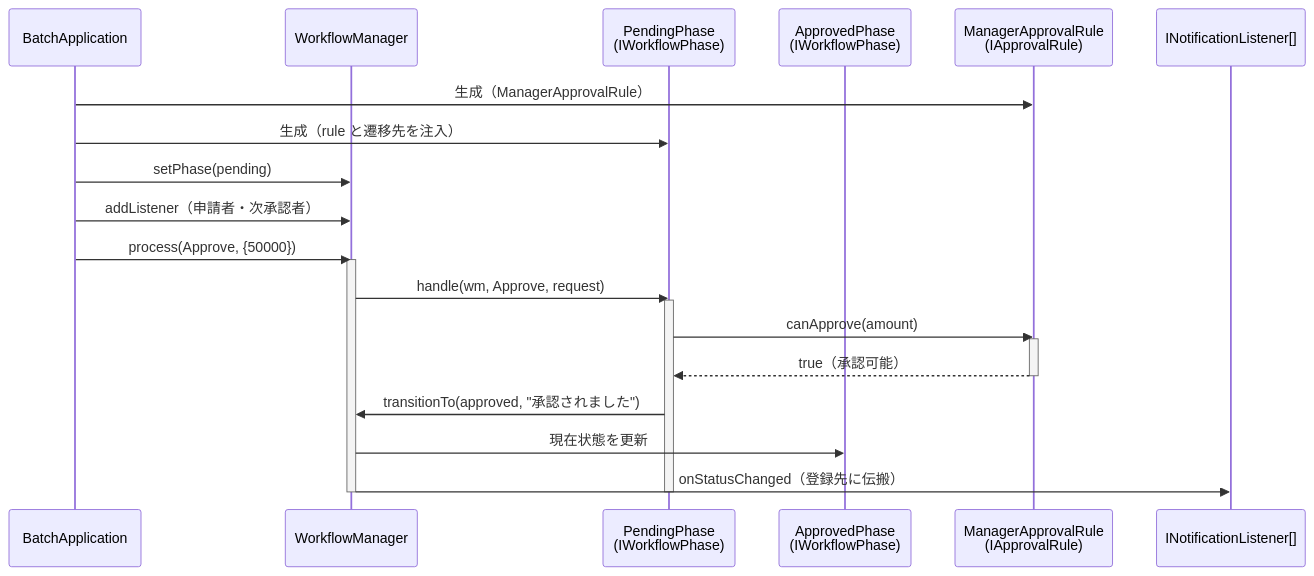
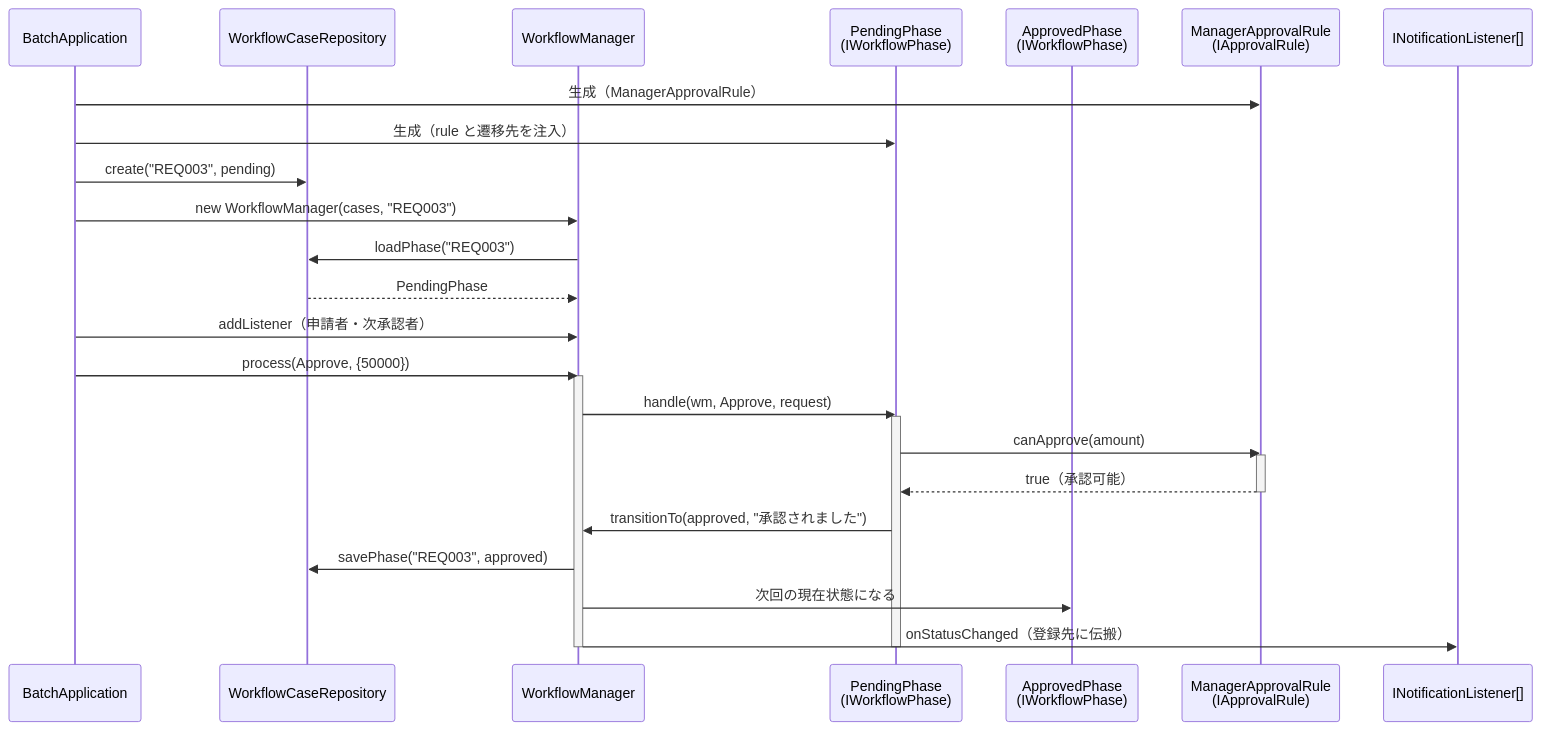
One commit to kumachan1101-pixel/DesignPattern changed the seventh of 10 diagrams in kindle/design-patterns/output/chapter12.md. Above: the diagram before and after it, drawn with Mermaid. The commit also changed other lines of this file and 1 other file, not shown here.

````diff
--- a/kindle/design-patterns/output/chapter12.md
+++ b/kindle/design-patterns/output/chapter12.md
@@ -1672,27 +1718,32 @@
 ```mermaid
 sequenceDiagram
     participant B as BatchApplication
+    participant C as WorkflowCaseRepository
     participant WM as WorkflowManager
     participant P as PendingPhase<br/>(IWorkflowPhase)
     participant A as ApprovedPhase<br/>(IWorkflowPhase)
     participant R as ManagerApprovalRule<br/>(IApprovalRule)
     participant L as INotificationListener[]
 
     B->>R: 生成（ManagerApprovalRule）
     B->>P: 生成（rule と遷移先を注入）
-    B->>WM: setPhase(pending)
+    B->>C: create("REQ003", pending)
+    B->>WM: new WorkflowManager(cases, "REQ003")
+    WM->>C: loadPhase("REQ003")
+    C-->>WM: PendingPhase
     B->>WM: addListener（申請者・次承認者）
     B->>WM: process(Approve, {50000})
     activate WM
     WM->>P: handle(wm, Approve, request)
     activate P
     P->>R: canApprove(amount)
     activate R
     R-->>P: true（承認可能）
     deactivate R
     P->>WM: transitionTo(approved, "承認されました")
-    WM->>A: 現在状態を更新
+    WM->>C: savePhase("REQ003", approved)
+    WM->>A: 次回の現在状態になる
     WM->>L: onStatusChanged（登録先に伝搬）
     deactivate P
     deactivate WM
 ```
````
